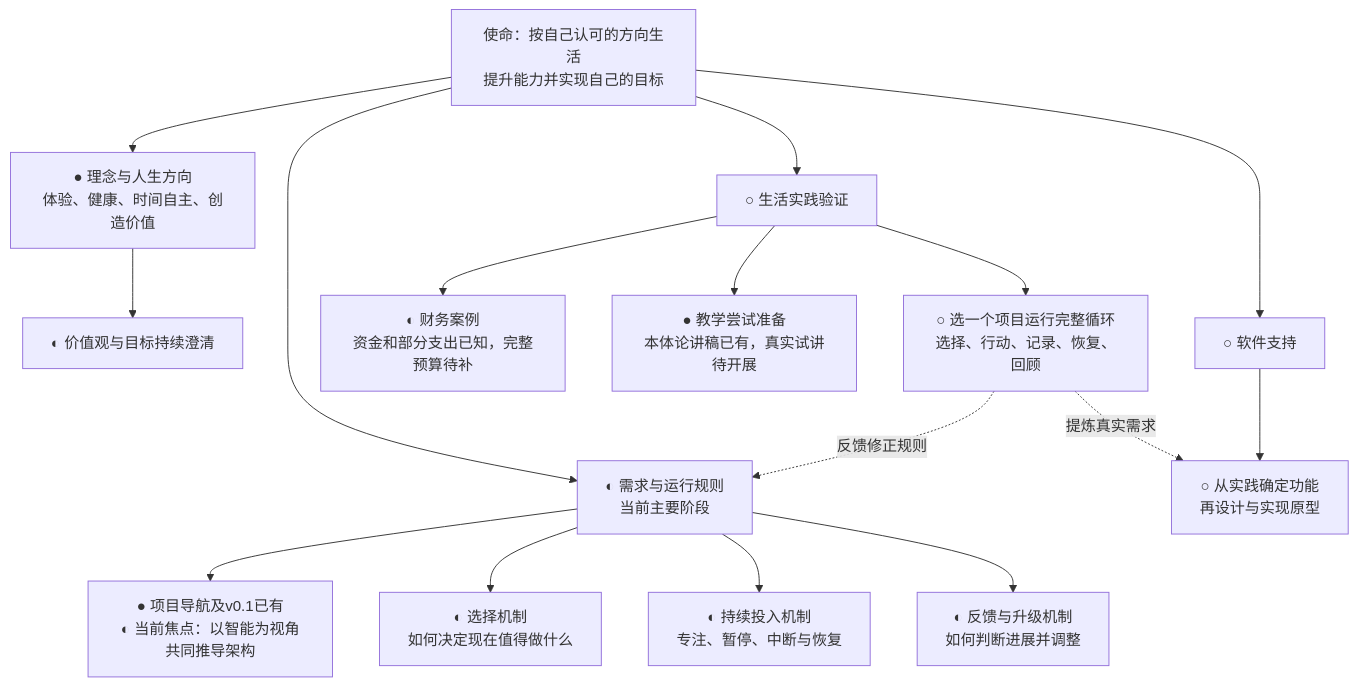
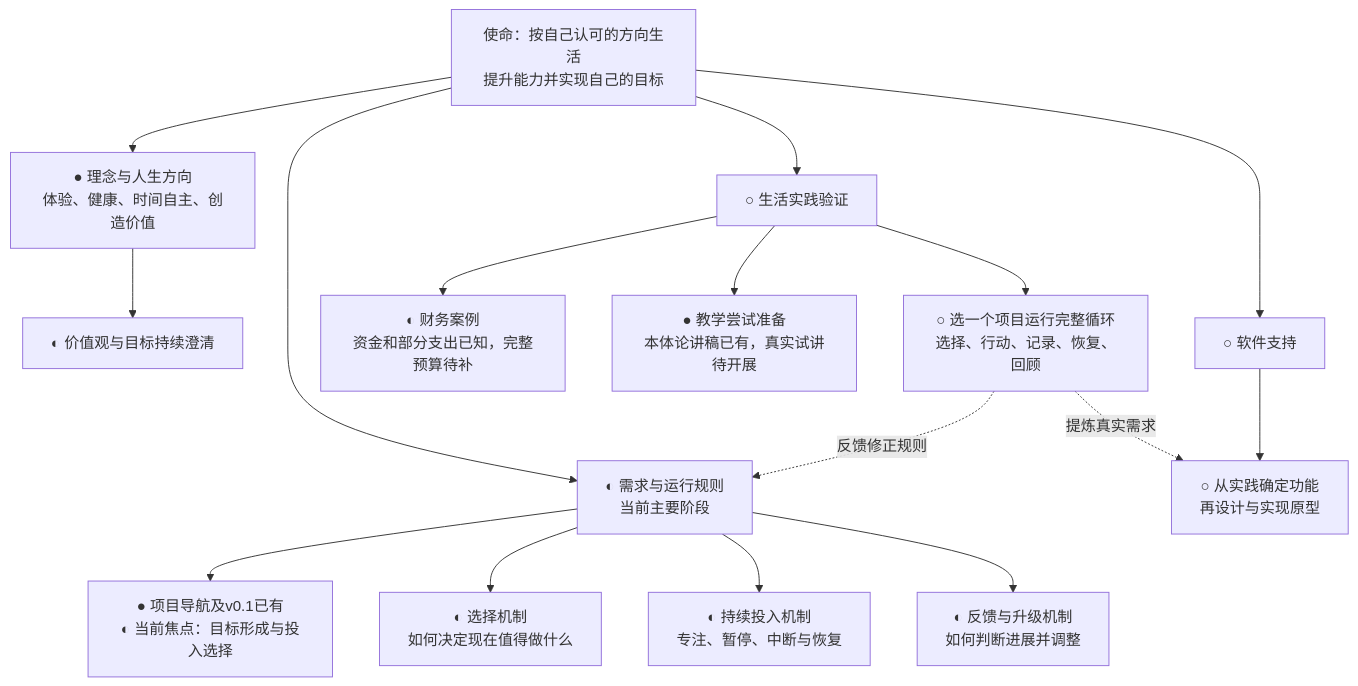
Before and after one commit to fangjiaqi2023-jpg/life-flywheel: the first of 2 diagrams in 项目/人生飞轮/项目推进图.md, drawn with Mermaid. The commit also changed other lines of this file, not shown here.

````diff
--- a/项目/人生飞轮/项目推进图.md
+++ b/项目/人生飞轮/项目推进图.md
@@ -11,22 +11,22 @@
 ```mermaid
 flowchart TD
     M[使命：按自己认可的方向生活<br/>提升能力并实现自己的目标]
     M --> A[● 理念与人生方向<br/>体验、健康、时间自主、创造价值]
     M --> B[◐ 需求与运行规则<br/>当前主要阶段]
     M --> C[○ 生活实践验证]
     M --> D[○ 软件支持]
 
     A --> A1[◐ 价值观与目标持续澄清]
-    B --> B0[● 项目导航及v0.1已有<br/>◐ 当前焦点：以智能为视角共同推导架构]
+    B --> B0[● 项目导航及v0.1已有<br/>◐ 当前焦点：目标形成与投入选择]
     B --> B1[◐ 选择机制<br/>如何决定现在值得做什么]
     B --> B2[◐ 持续投入机制<br/>专注、暂停、中断与恢复]
     B --> B3[◐ 反馈与升级机制<br/>如何判断进展并调整]
 
     C --> C1[◐ 财务案例<br/>资金和部分支出已知，完整预算待补]
     C --> C2[● 教学尝试准备<br/>本体论讲稿已有，真实试讲待开展]
     C --> C3[○ 选一个项目运行完整循环<br/>选择、行动、记录、恢复、回顾]
     D --> D1[○ 从实践确定功能<br/>再设计与实现原型]
 
     C3 -.反馈修正规则.-> B
     C3 -.提炼真实需求.-> D1
 ```
````
